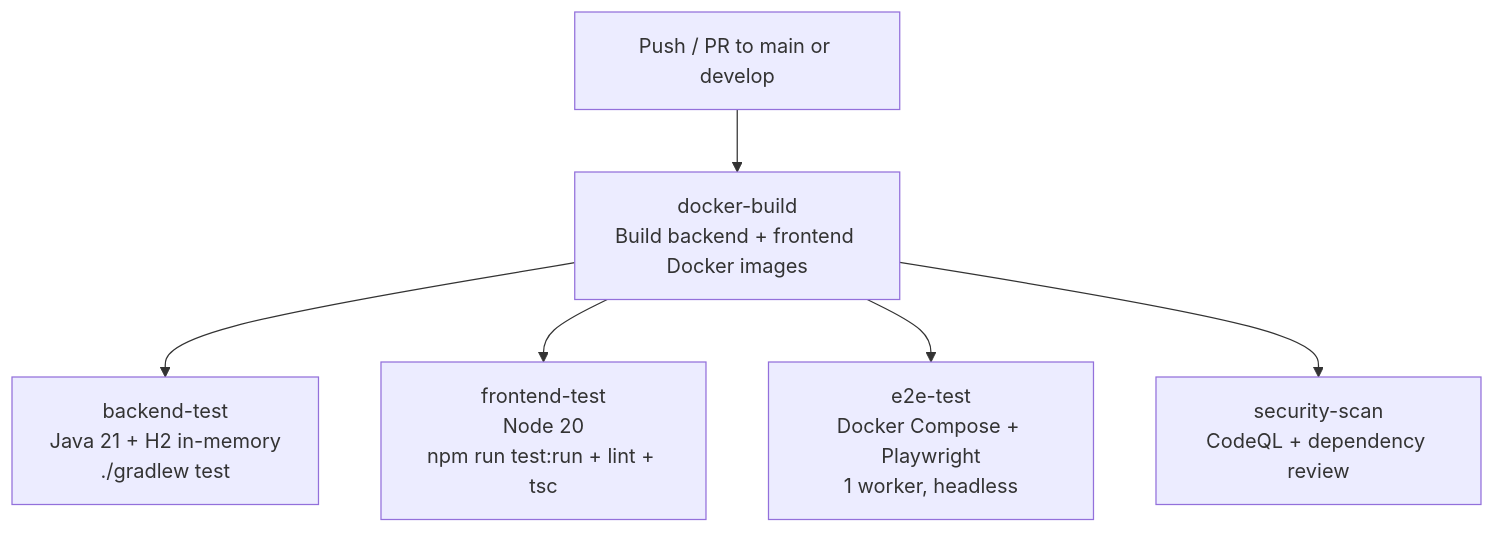
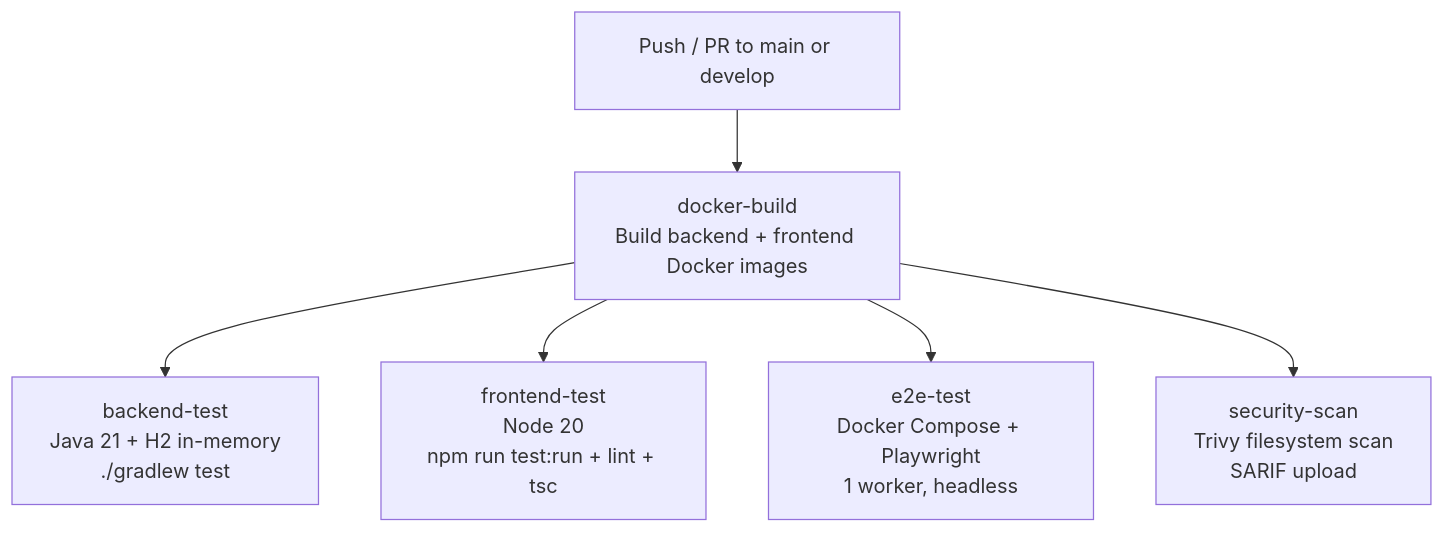
One commit to kattelsameer/finance-tracker changed the diagram in docs/testing/TESTING_GUIDE.md. Above: the diagram before and after it, drawn with Mermaid.

Commit message:
Potential fix for pull request finding

````diff
--- a/docs/testing/TESTING_GUIDE.md
+++ b/docs/testing/TESTING_GUIDE.md
@@ -233,15 +233,15 @@
 ```mermaid
 graph TD
     Trigger["Push / PR to main or develop"]
     Build["docker-build<br/>Build backend + frontend Docker images"]
     BTest["backend-test<br/>Java 21 + H2 in-memory<br/>./gradlew test"]
     FTest["frontend-test<br/>Node 20<br/>npm run test:run + lint + tsc"]
     E2E["e2e-test<br/>Docker Compose + Playwright<br/>1 worker, headless"]
-    Sec["security-scan<br/>CodeQL + dependency review"]
+    Sec["security-scan<br/>Trivy filesystem scan<br/>SARIF upload"]
 
     Trigger --> Build
     Build --> BTest
     Build --> FTest
     Build --> E2E
     Build --> Sec
 ```
````
